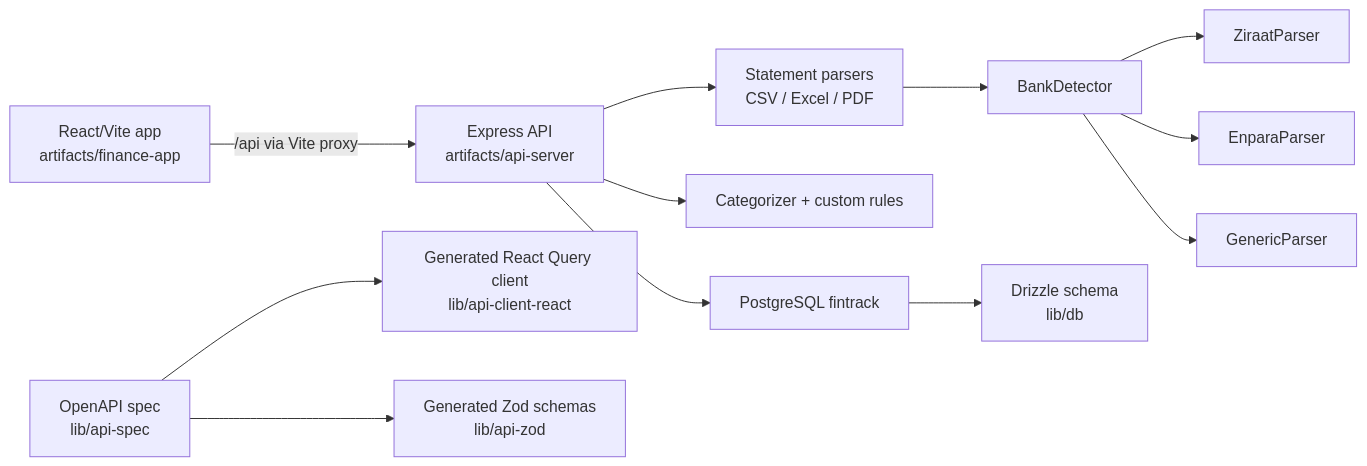
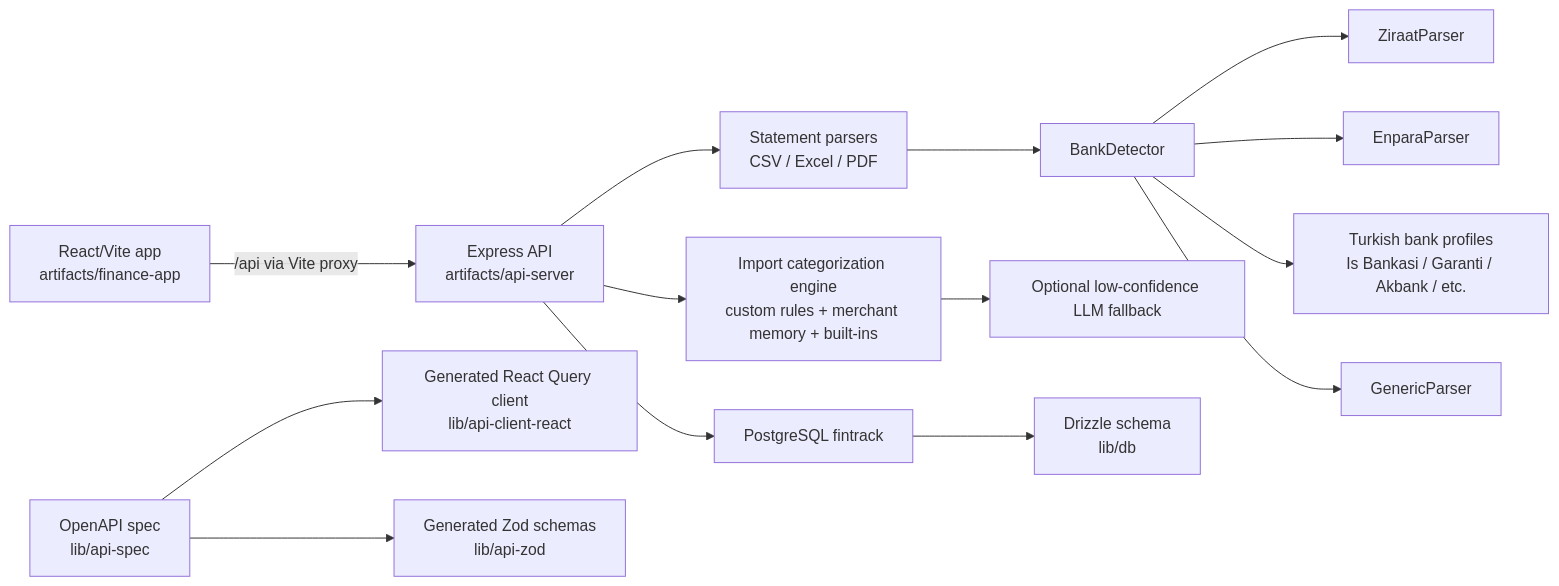
The first of 2 diagrams in docs/ARCHITECTURE.md (dosphanes09/finance-manager), drawn with Mermaid before and after one commit. The commit also changed other lines of this file and 29 other files, not shown here.

Commit message:
feat: add deterministic Turkish import pipeline

````diff
--- a/docs/ARCHITECTURE.md
+++ b/docs/ARCHITECTURE.md
@@ -9,14 +9,16 @@
 ```mermaid
 flowchart LR
   Browser["React/Vite app\nartifacts/finance-app"] -->|/api via Vite proxy| API["Express API\nartifacts/api-server"]
   API --> Parsers["Statement parsers\nCSV / Excel / PDF"]
   Parsers --> BankDetector["BankDetector"]
   BankDetector --> Ziraat["ZiraatParser"]
   BankDetector --> Enpara["EnparaParser"]
+  BankDetector --> BankProfiles["Turkish bank profiles\nIs Bankasi / Garanti / Akbank / etc."]
   BankDetector --> Generic["GenericParser"]
-  API --> Categorizer["Categorizer + custom rules"]
+  API --> Categorizer["Import categorization engine\ncustom rules + merchant memory + built-ins"]
+  Categorizer --> OptionalLLM["Optional low-confidence LLM fallback"]
   API --> DB["PostgreSQL fintrack"]
   DB --> Drizzle["Drizzle schema\nlib/db"]
   OpenAPI["OpenAPI spec\nlib/api-spec"] --> Client["Generated React Query client\nlib/api-client-react"]
   OpenAPI --> Zod["Generated Zod schemas\nlib/api-zod"]
 ```
````
